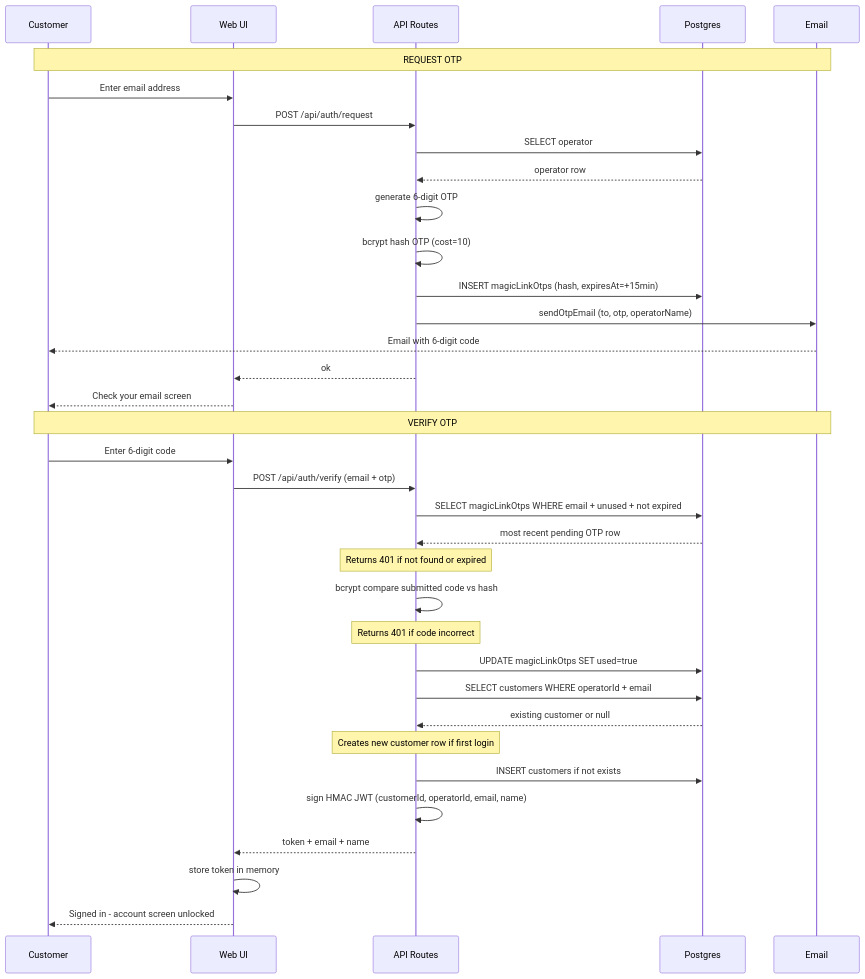
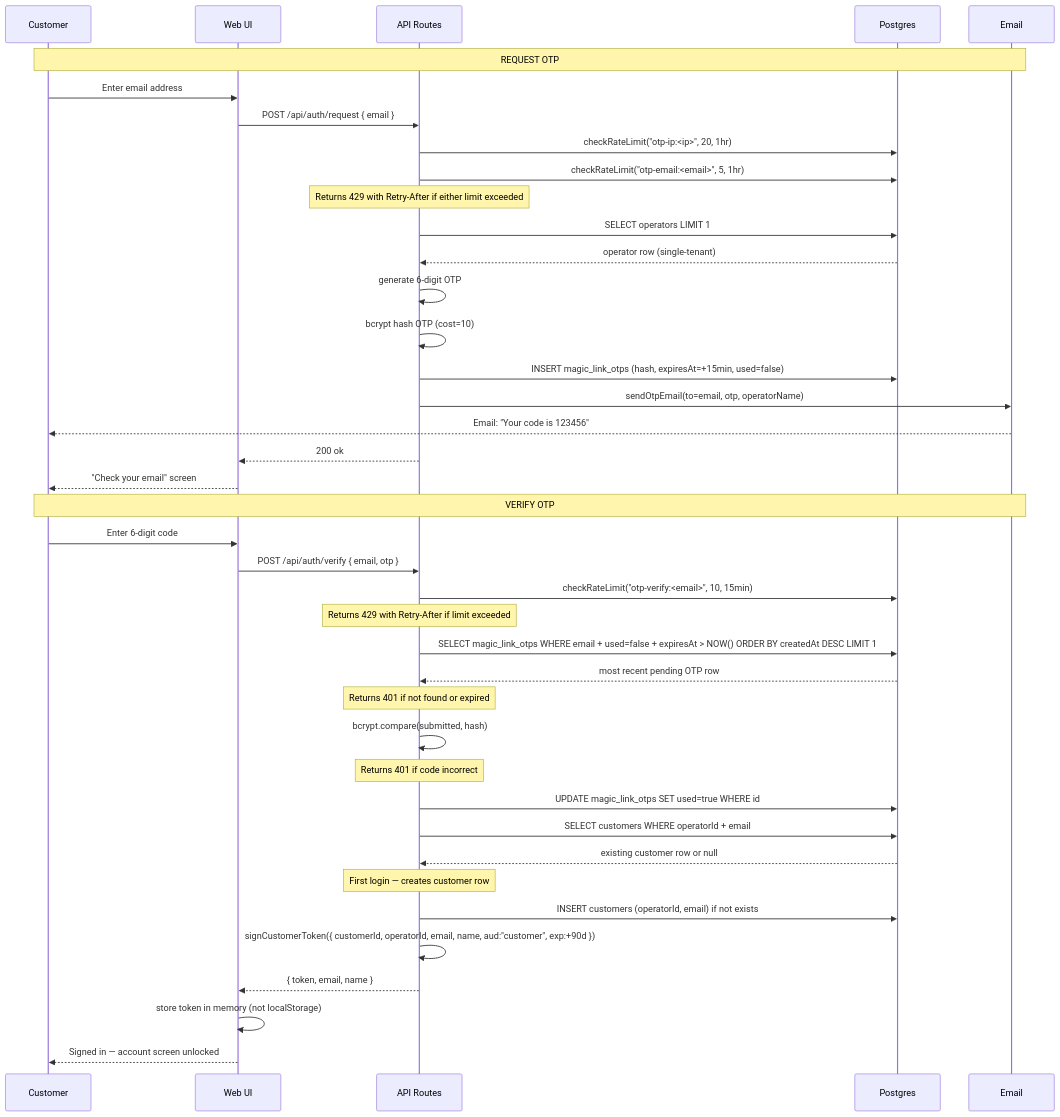
One commit to allonyaron/open-boat-fishing changed the diagram in docs/auth-flow-sequence.md. Above: the diagram before and after it, drawn with Mermaid. The commit also changed other lines of this file and 9 other files, not shown here.

````diff
--- a/docs/auth-flow-sequence.md
+++ b/docs/auth-flow-sequence.md
@@ -3,39 +3,44 @@
 ```mermaid
 sequenceDiagram
     participant C as Customer
     participant UI as Web UI
     participant API as API Routes
     participant DB as Postgres
     participant E as Email
 
     Note over C,E: REQUEST OTP
     C->>UI: Enter email address
-    UI->>API: POST /api/auth/request
-    API->>DB: SELECT operator
-    DB-->>API: operator row
+    UI->>API: POST /api/auth/request { email }
+    API->>DB: checkRateLimit("otp-ip:<ip>", 20, 1hr)
+    API->>DB: checkRateLimit("otp-email:<email>", 5, 1hr)
+    Note over API: Returns 429 with Retry-After if either limit exceeded
+    API->>DB: SELECT operators LIMIT 1
+    DB-->>API: operator row (single-tenant)
     API->>API: generate 6-digit OTP
     API->>API: bcrypt hash OTP (cost=10)
-    API->>DB: INSERT magicLinkOtps (hash, expiresAt=+15min)
-    API->>E: sendOtpEmail (to, otp, operatorName)
-    E-->>C: Email with 6-digit code
-    API-->>UI: ok
-    UI-->>C: Check your email screen
+    API->>DB: INSERT magic_link_otps (hash, expiresAt=+15min, used=false)
+    API->>E: sendOtpEmail(to=email, otp, operatorName)
+    E-->>C: Email: "Your code is 123456"
+    API-->>UI: 200 ok
+    UI-->>C: "Check your email" screen
 
     Note over C,E: VERIFY OTP
     C->>UI: Enter 6-digit code
-    UI->>API: POST /api/auth/verify (email + otp)
-    API->>DB: SELECT magicLinkOtps WHERE email + unused + not expired
+    UI->>API: POST /api/auth/verify { email, otp }
+    API->>DB: checkRateLimit("otp-verify:<email>", 10, 15min)
+    Note over API: Returns 429 with Retry-After if limit exceeded
+    API->>DB: SELECT magic_link_otps WHERE email + used=false + expiresAt > NOW() ORDER BY createdAt DESC LIMIT 1
     DB-->>API: most recent pending OTP row
     Note over API: Returns 401 if not found or expired
-    API->>API: bcrypt compare submitted code vs hash
+    API->>API: bcrypt.compare(submitted, hash)
     Note over API: Returns 401 if code incorrect
-    API->>DB: UPDATE magicLinkOtps SET used=true
+    API->>DB: UPDATE magic_link_otps SET used=true WHERE id
     API->>DB: SELECT customers WHERE operatorId + email
-    DB-->>API: existing customer or null
-    Note over API: Creates new customer row if first login
-    API->>DB: INSERT customers if not exists
-    API->>API: sign HMAC JWT (customerId, operatorId, email, name)
-    API-->>UI: token + email + name
-    UI->>UI: store token in memory
-    UI-->>C: Signed in - account screen unlocked
+    DB-->>API: existing customer row or null
+    Note over API: First login — creates customer row
+    API->>DB: INSERT customers (operatorId, email) if not exists
+    API->>API: signCustomerToken({ customerId, operatorId, email, name, aud:"customer", exp:+90d })
+    API-->>UI: { token, email, name }
+    UI->>UI: store token in memory (not localStorage)
+    UI-->>C: Signed in — account screen unlocked
 ```
````
